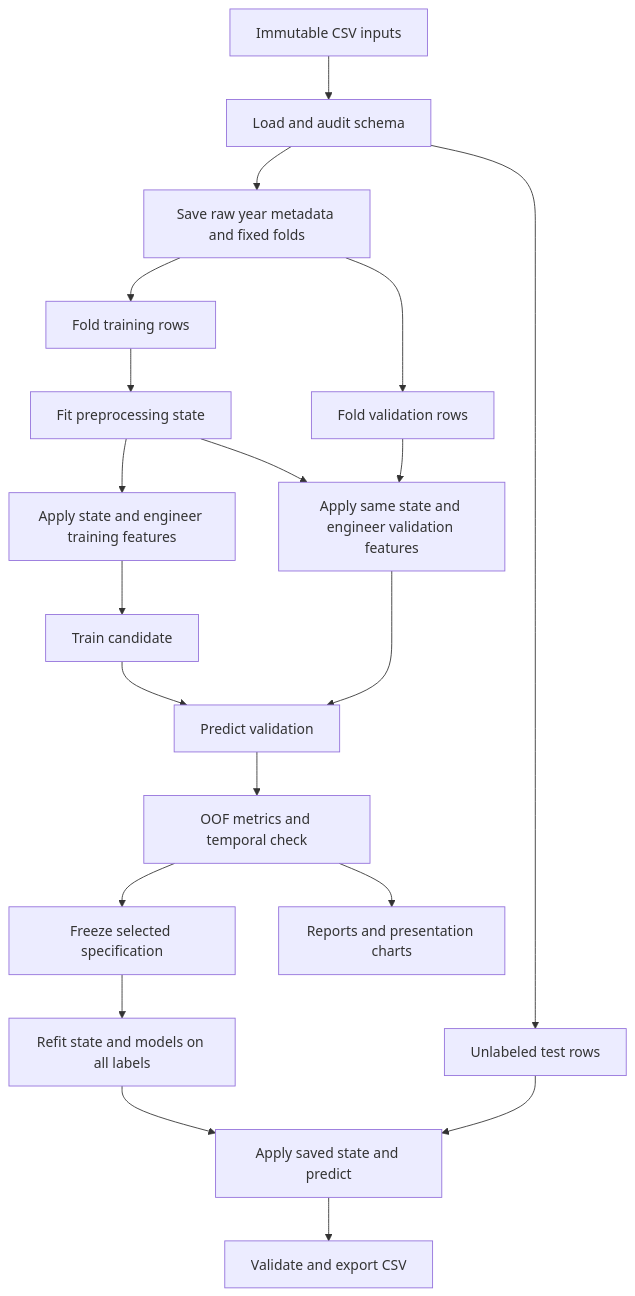
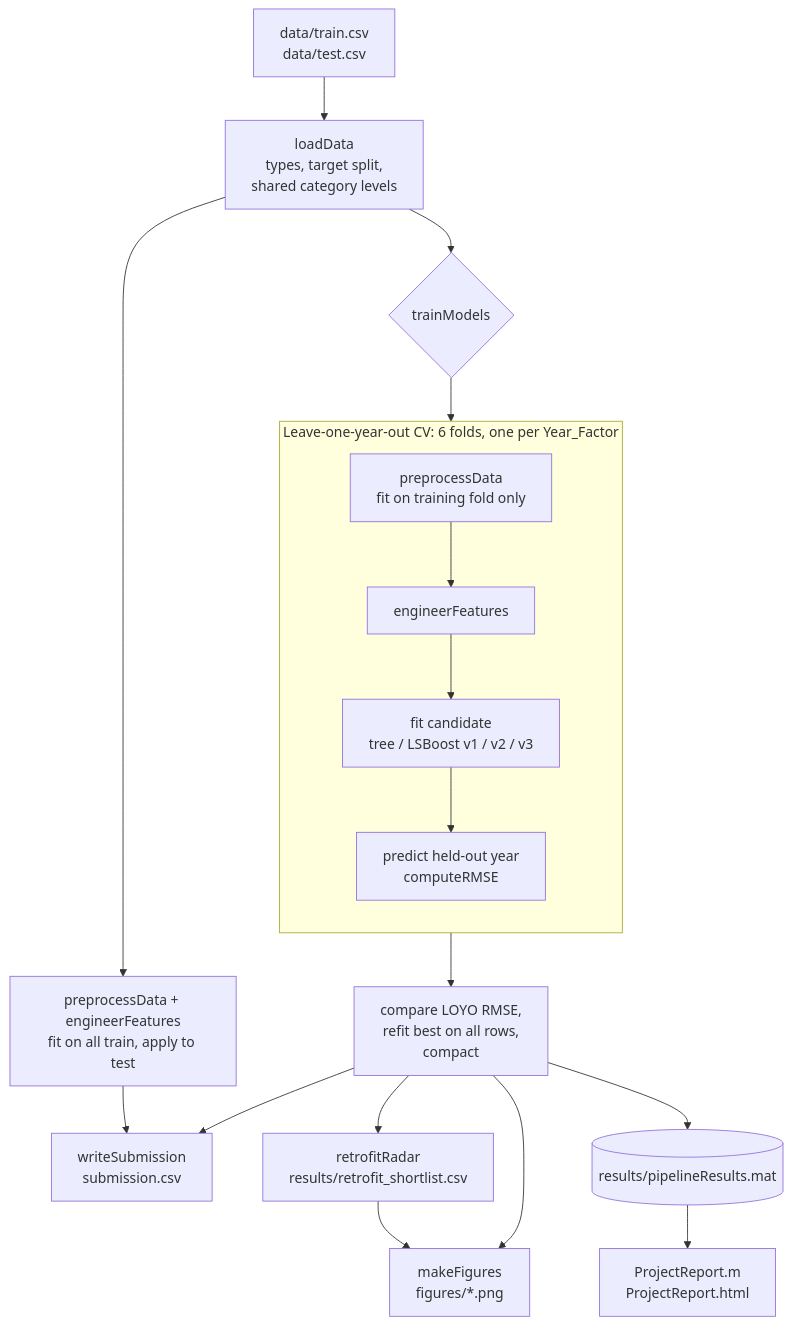
The diagram in ARCHITECTURE.md (Roh00t/MatrixNotFound), drawn with Mermaid before and after one commit. The commit also changed other lines of this file and 17 other files, not shown here.

First line of the commit message:
Complete energy prediction pipeline and report

````diff
--- a/ARCHITECTURE.md
+++ b/ARCHITECTURE.md
@@ -9,22 +7,21 @@
 ```mermaid
 flowchart TD
-    A[Immutable CSV inputs] --> B[Load and audit schema]
-    B --> C[Save raw year metadata and fixed folds]
-    C --> D[Fold training rows]
-    C --> E[Fold validation rows]
-    D --> F[Fit preprocessing state]
-    F --> G[Apply state and engineer training features]
-    F --> H[Apply same state and engineer validation features]
-    E --> H
-    G --> I[Train candidate]
-    I --> J[Predict validation]
-    H --> J
-    J --> K[OOF metrics and temporal check]
-    K --> L[Freeze selected specification]
-    L --> M[Refit state and models on all labels]
-    B --> N[Unlabeled test rows]
-    M --> O[Apply saved state and predict]
-    N --> O
-    O --> P[Validate and export CSV]
-    K --> Q[Reports and presentation charts]
+    A[data/train.csv<br/>data/test.csv] --> B[loadData<br/>types, target split,<br/>shared category levels]
+    B --> C{trainModels}
+    subgraph CV [Leave-one-year-out CV: 6 folds, one per Year_Factor]
+        direction TB
+        D[preprocessData<br/>fit on training fold only] --> E[engineerFeatures]
+        E --> F[fit candidate<br/>tree / LSBoost v1 / v2 / v3]
+        F --> G[predict held-out year<br/>computeRMSE]
+    end
+    C --> CV
+    CV --> H[compare LOYO RMSE,<br/>refit best on all rows,<br/>compact]
+    B --> I[preprocessData + engineerFeatures<br/>fit on all train, apply to test]
+    H --> J[writeSubmission<br/>submission.csv]
+    I --> J
+    H --> K[retrofitRadar<br/>results/retrofit_shortlist.csv]
+    H --> L[makeFigures<br/>figures/*.png]
+    K --> L
+    H --> M[(results/pipelineResults.mat)]
+    M --> N[ProjectReport.m<br/>ProjectReport.html]
 ```
````
